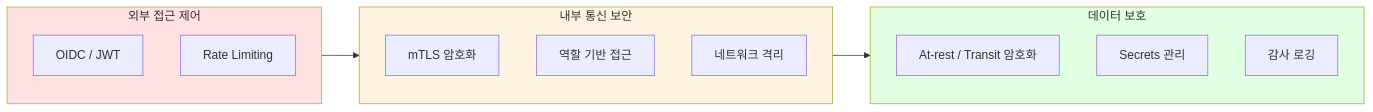
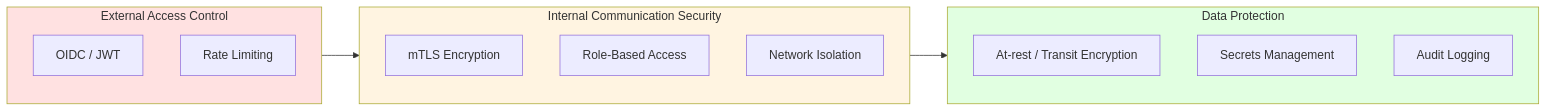
Before and after one commit to devfloor9/engineering-playbook: the ninth of 10 diagrams in docs/agentic-ai-platform/design-architecture/foundations/agentic-platform-architecture.md, drawn with Mermaid. The commit also changed other lines of this file and 954 other files, not shown here.

````diff
--- a/docs/agentic-ai-platform/design-architecture/foundations/agentic-platform-architecture.md
+++ b/docs/agentic-ai-platform/design-architecture/foundations/agentic-platform-architecture.md
@@ -668,25 +665,25 @@
 ```mermaid
 flowchart LR
-    subgraph L1["외부 접근 제어"]
+    subgraph L1["External Access Control"]
         OIDC["OIDC / JWT"]
         RATE["Rate Limiting"]
     end
 
-    subgraph L2["내부 통신 보안"]
-        MTLS["mTLS 암호화"]
-        RBAC["역할 기반 접근"]
-        NETPOL["네트워크 격리"]
+    subgraph L2["Internal Communication Security"]
+        MTLS["mTLS Encryption"]
+        RBAC["Role-Based Access"]
+        NETPOL["Network Isolation"]
     end
 
-    subgraph L3["데이터 보호"]
-        ENCRYPT["At-rest / Transit 암호화"]
-        SECRETS["Secrets 관리"]
-        AUDIT["감사 로깅"]
+    subgraph L3["Data Protection"]
+        ENCRYPT["At-rest / Transit Encryption"]
+        SECRETS["Secrets Management"]
+        AUDIT["Audit Logging"]
     end
 
     L1 --> L2 --> L3
 
     style L1 fill:#ffe1e1
     style L2 fill:#fff4e1
     style L3 fill:#e1ffe1
 ```
````
